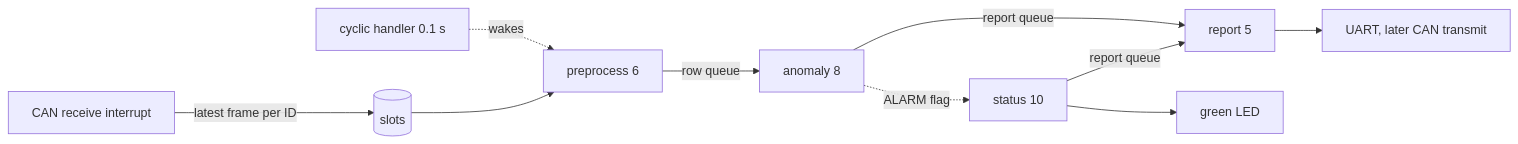
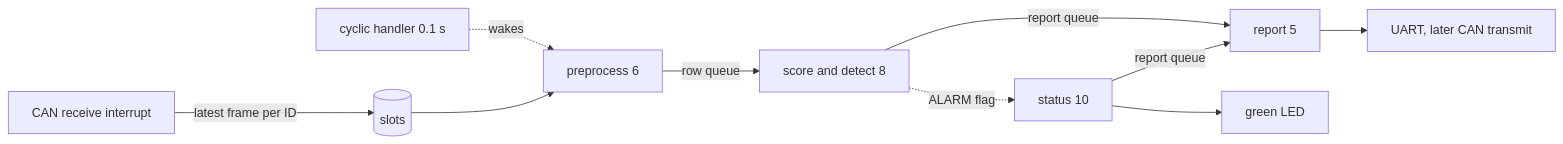
Before and after one commit to asana17/ai_can_anomaly_detection: the first of 2 diagrams in board/docs/goal.md, drawn with Mermaid. The commit also changed other lines of this file, not shown here.

Commit message:
docs(board): name the anomaly task score and detect

````diff
--- a/board/docs/goal.md
+++ b/board/docs/goal.md
@@ -20,12 +20,12 @@
 ```mermaid
 flowchart LR
     CAN[CAN receive interrupt] -->|latest frame per ID| SLOT[(slots)]
     CYC[cyclic handler 0.1 s] -. wakes .-> PRE[preprocess 6]
     SLOT --> PRE
-    PRE -->|row queue| DET[anomaly 8]
+    PRE -->|row queue| DET[score and detect 8]
     DET -->|report queue| REP[report 5]
     REP --> OUT[UART, later CAN transmit]
     DET -. ALARM flag .-> STA[status 10]
     STA -->|report queue| REP
     STA --> LED[green LED]
 ```
````
